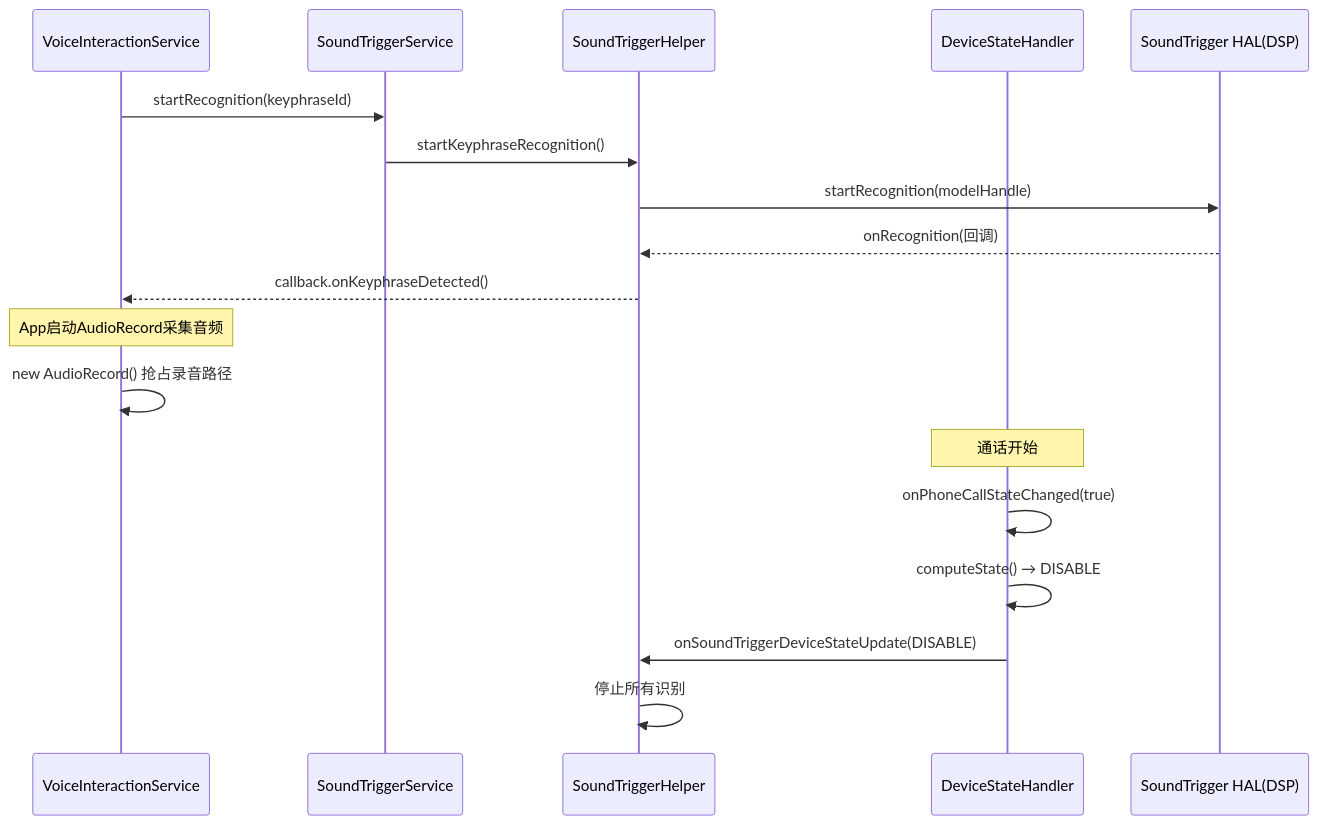
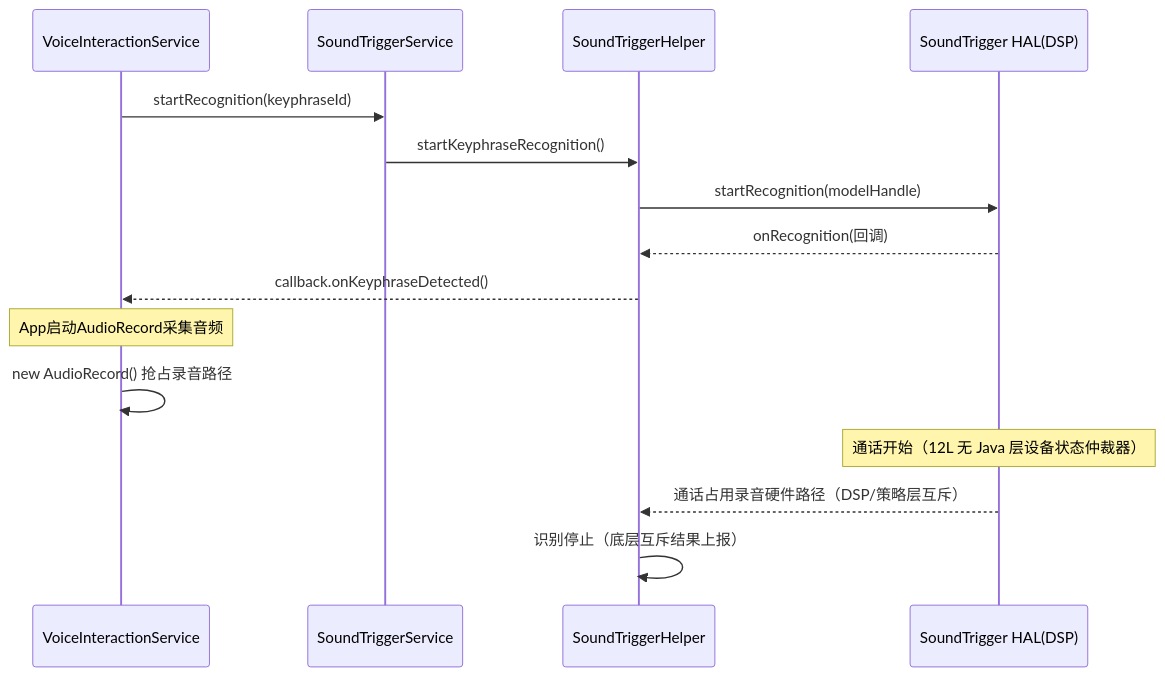
One commit to yanglinzhen1022/SA8295_AAOS_QNX_Audio_KnowledgeBase changed the fourth of 6 diagrams in 03_Java_Framework_Layer/03_3.7_System_Service-关联系统服务.md. Above: the diagram before and after it, drawn with Mermaid. The commit also changed other lines of this file and 4 other files, not shown here.

````diff
--- a/03_Java_Framework_Layer/03_3.7_System_Service-关联系统服务.md
+++ b/03_Java_Framework_Layer/03_3.7_System_Service-关联系统服务.md
@@ -218,22 +218,19 @@
 ```mermaid
 sequenceDiagram
     participant VUI as VoiceInteractionService
     participant STS as SoundTriggerService
     participant STH as SoundTriggerHelper
-    participant DSH as DeviceStateHandler
     participant HAL as SoundTrigger HAL(DSP)
 
     VUI->>STS: startRecognition(keyphraseId)
     STS->>STH: startKeyphraseRecognition()
     STH->>HAL: startRecognition(modelHandle)
     HAL-->>STH: onRecognition(回调)
     STH-->>VUI: callback.onKeyphraseDetected()
     Note over VUI: App启动AudioRecord采集音频
     VUI->>VUI: new AudioRecord() 抢占录音路径
 
-    Note over DSH: 通话开始
-    DSH->>DSH: onPhoneCallStateChanged(true)
-    DSH->>DSH: computeState() → DISABLE
-    DSH->>STH: onSoundTriggerDeviceStateUpdate(DISABLE)
-    STH->>STH: 停止所有识别
+    Note over HAL: 通话开始（12L 无 Java 层设备状态仲裁器）
+    HAL-->>STH: 通话占用录音硬件路径（DSP/策略层互斥）
+    STH->>STH: 识别停止（底层互斥结果上报）
 ```
````
